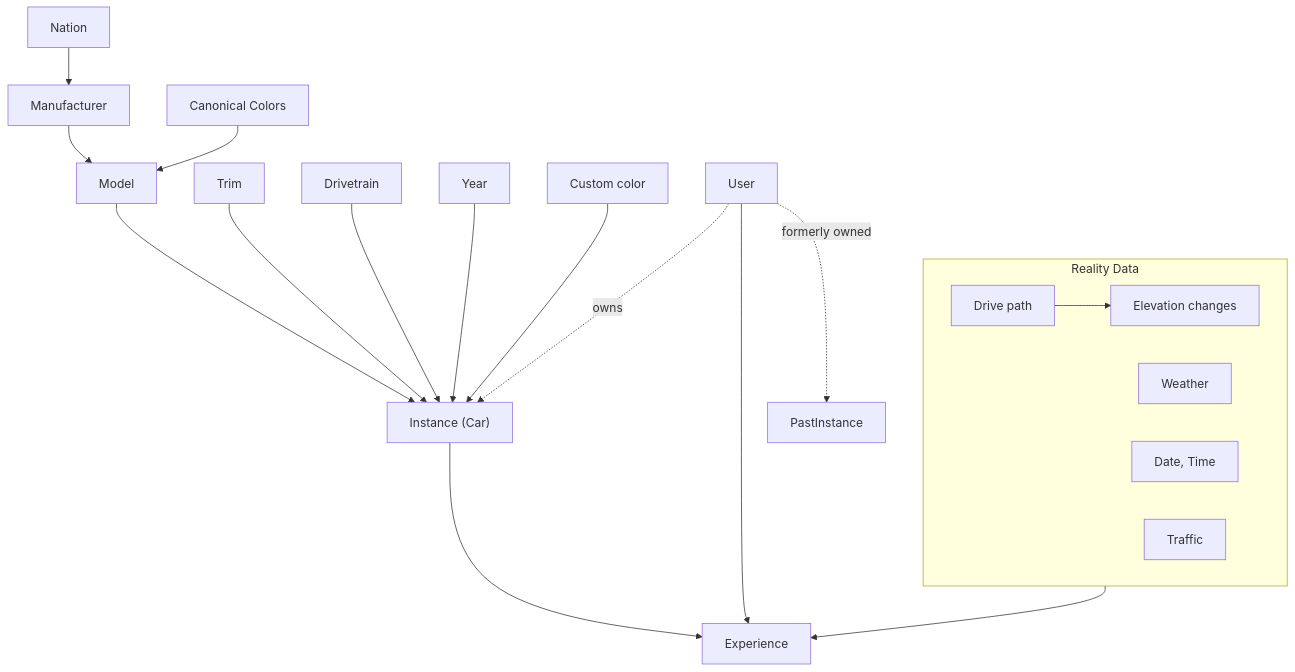
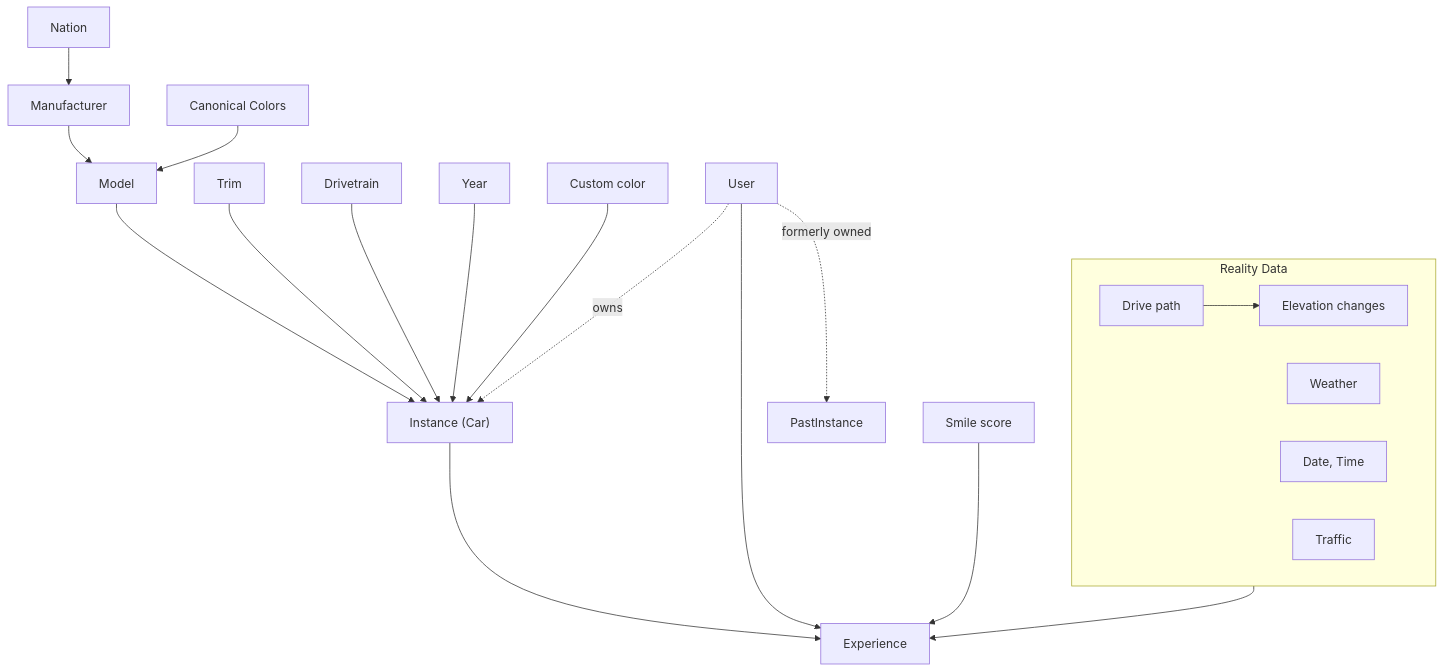
The diagram in docs/product.md (UUeird/dyno), drawn with Mermaid before and after one commit.

Commit message:
Add Smile score edge to Experience in product flow chart

````diff
--- a/docs/product.md
+++ b/docs/product.md
@@ -7,20 +7,21 @@
 ```mermaid
 flowchart TD
     Nation --> Manufacturer --> Model --> Instance["Instance (Car)"] --> Experience
     Trim --> Instance
     Drivetrain --> Instance
     Year --> Instance
     User --> Experience
     CanonicalColors["Canonical Colors"] --> Model
     CustomColor["Custom color"] --> Instance
     User -. owns .-> Instance
     User -. formerly owned .-> PastInstance
+    SmileScore["Smile score"] --> Experience
 
     subgraph RealityData["Reality Data"]
         DrivePath["Drive path"] --> Elevation["Elevation changes"]
         Weather
         DateTime["Date, Time"]
         Traffic
     end
     RealityData --> Experience
 ```
````
